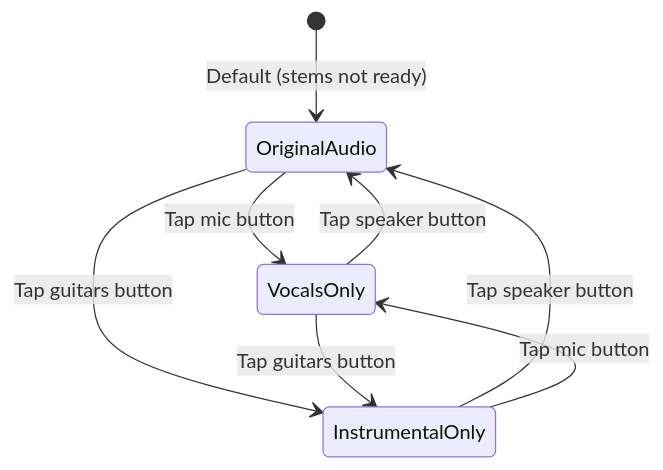
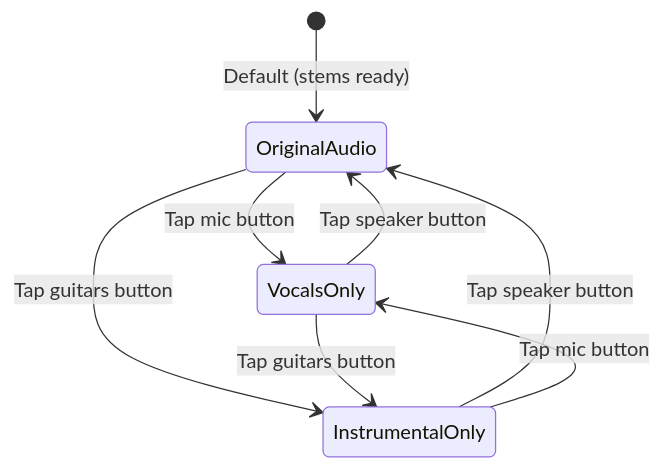
The second of 3 diagrams in docs/07-youtube-looping.md (pawelgawliczek/intonavio), drawn with Mermaid before and after one commit. The commit also changed other lines of this file and 18 other files, not shown here.

````diff
--- a/docs/07-youtube-looping.md
+++ b/docs/07-youtube-looping.md
@@ -51,11 +51,11 @@
 ```mermaid
 stateDiagram-v2
-    [*] --> OriginalAudio: Default (stems not ready)
+    [*] --> OriginalAudio: Default (stems ready)
 
     OriginalAudio --> VocalsOnly: Tap mic button
     OriginalAudio --> InstrumentalOnly: Tap guitars button
     VocalsOnly --> OriginalAudio: Tap speaker button
     VocalsOnly --> InstrumentalOnly: Tap guitars button
     InstrumentalOnly --> OriginalAudio: Tap speaker button
     InstrumentalOnly --> VocalsOnly: Tap mic button
 ```
````
